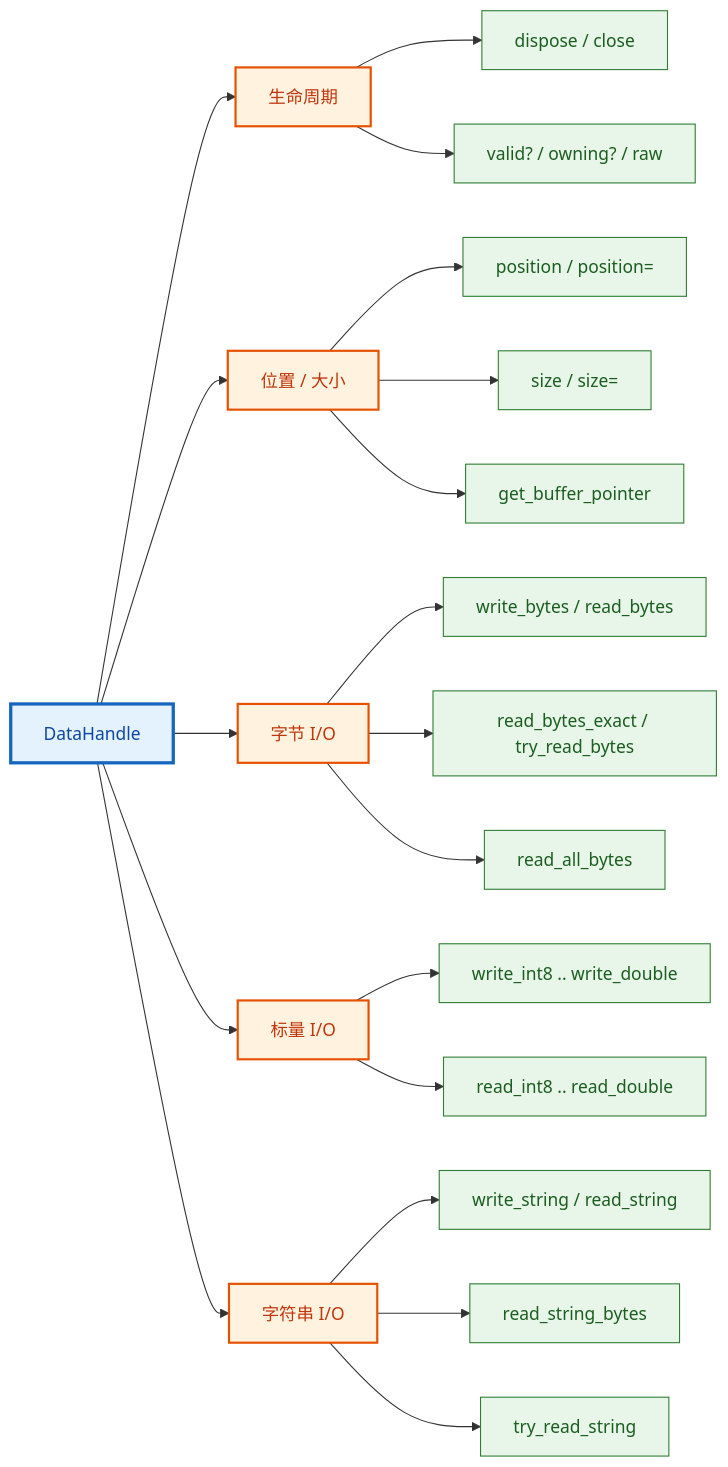
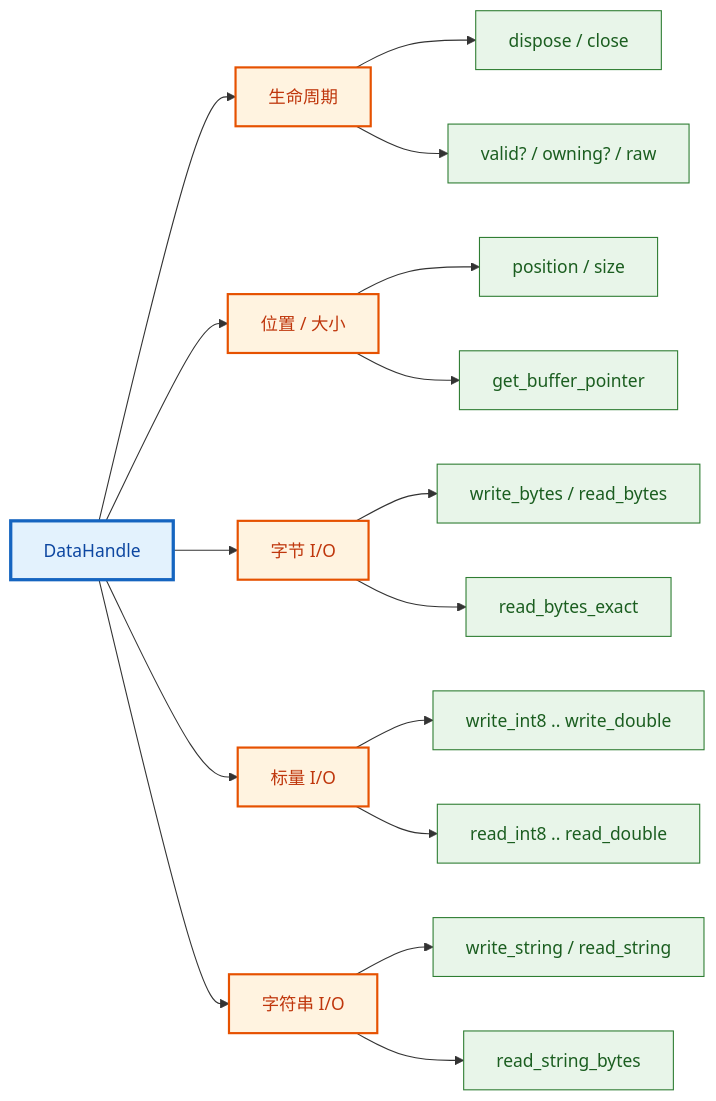
One commit to PassByYou888/LingoFuse changed diagram 15 of 21 in ruby/README.md. Above: the diagram before and after it, drawn with Mermaid. The commit also changed other lines of this file and 8 other files, not shown here.

````diff
--- a/ruby/README.md
+++ b/ruby/README.md
@@ -1363,30 +910,27 @@
 ```mermaid
 flowchart LR
     DH["DataHandle"] --> L["生命周期"]
     DH --> P["位置 / 大小"]
     DH --> B["字节 I/O"]
     DH --> S["标量 I/O"]
     DH --> T["字符串 I/O"]
 
     L --> L1["dispose / close"]
     L --> L2["valid? / owning? / raw"]
-    P --> P1["position / position="]
-    P --> P2["size / size="]
-    P --> P3["get_buffer_pointer"]
+    P --> P1["position / size"]
+    P --> P2["get_buffer_pointer"]
     B --> B1["write_bytes / read_bytes"]
-    B --> B2["read_bytes_exact / try_read_bytes"]
-    B --> B3["read_all_bytes"]
+    B --> B2["read_bytes_exact"]
     S --> S1["write_int8 .. write_double"]
     S --> S2["read_int8 .. read_double"]
     T --> T1["write_string / read_string"]
     T --> T2["read_string_bytes"]
-    T --> T3["try_read_string"]
 
     classDef root fill:#E3F2FD,stroke:#1565C0,stroke-width:3px,color:#0D47A1
     classDef group fill:#FFF3E0,stroke:#E65100,stroke-width:2px,color:#BF360C
     classDef leaf fill:#E8F5E9,stroke:#2E7D32,stroke-width:1px,color:#1B5E20
 
     class DH root
     class L,P,B,S,T group
-    class L1,L2,P1,P2,P3,B1,B2,B3,S1,S2,T1,T2,T3 leaf
+    class L1,L2,P1,P2,B1,B2,S1,S2,T1,T2 leaf
 ```
````
